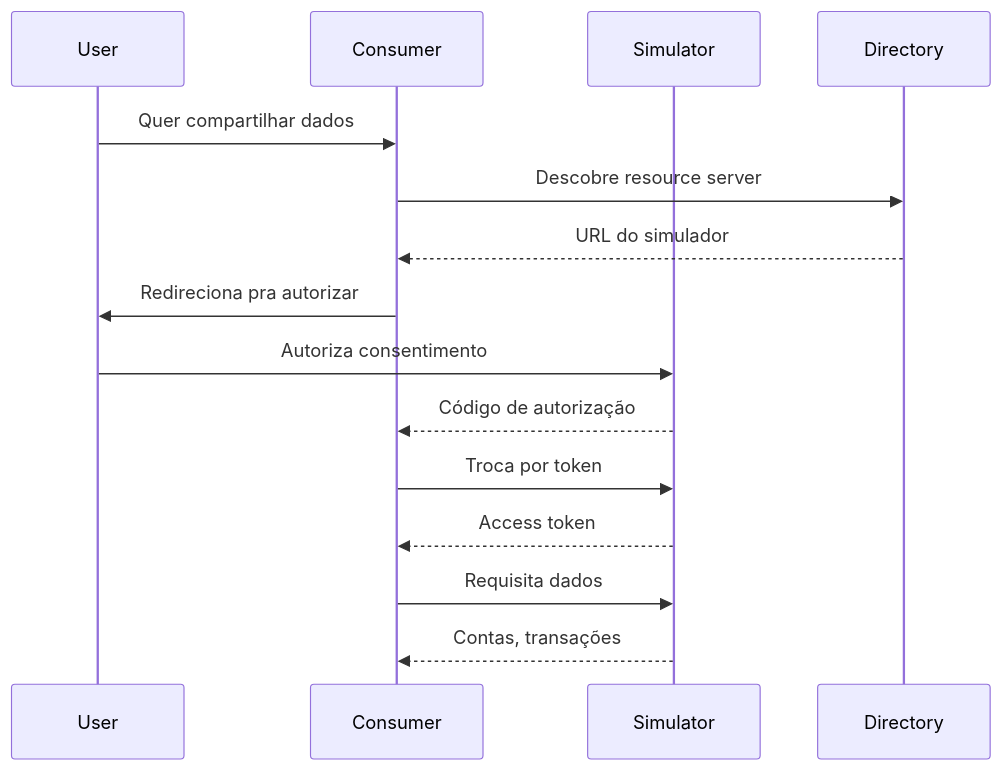
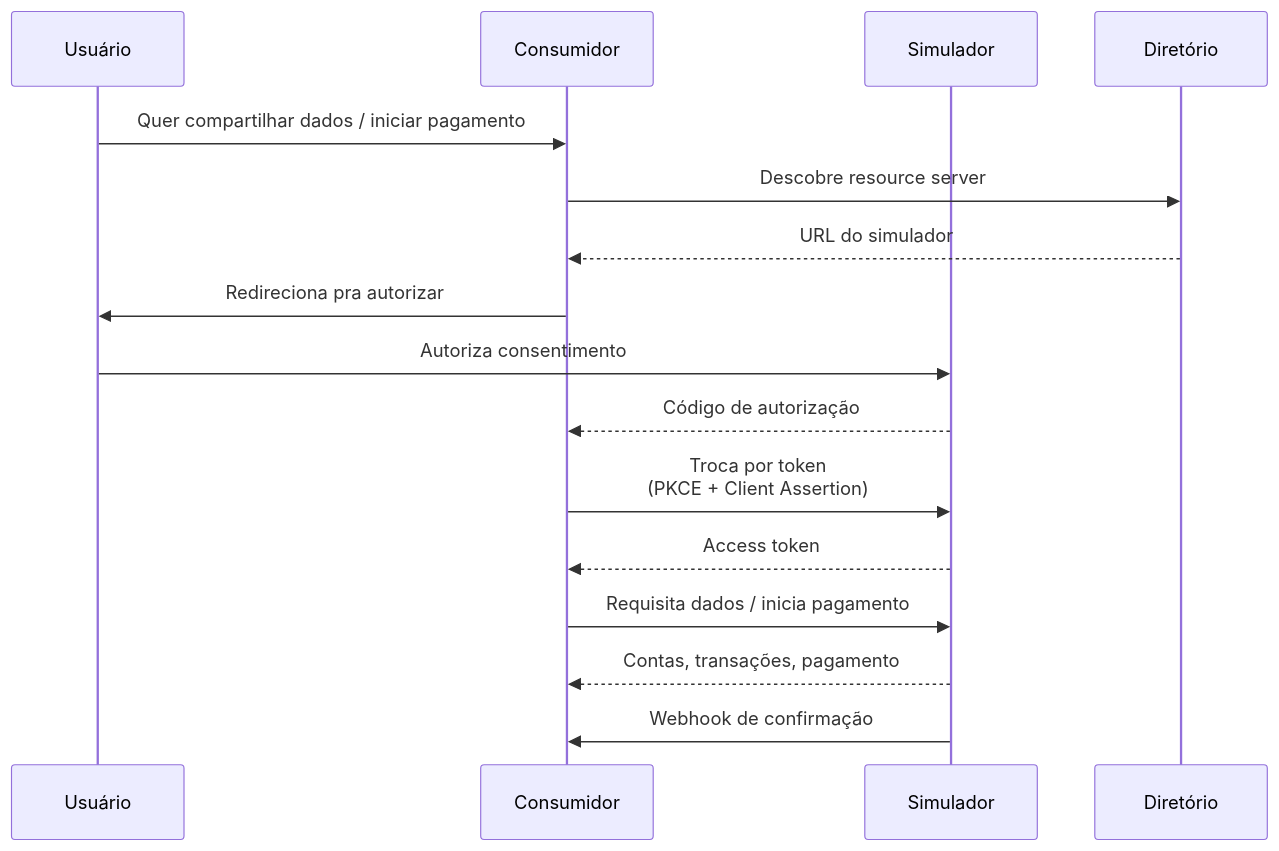
Before and after one commit to mateussiqueira/banking-stack: the second of 3 diagrams in packages/docs/challenges/06-open-finance.md, drawn with Mermaid. The commit also changed other lines of this file and 80 other files, not shown here.

First line of the commit message:
roadmap fases 1-4: interatividade, quizzes, gamificacao, flashcards

````diff
--- a/packages/docs/challenges/06-open-finance.md
+++ b/packages/docs/challenges/06-open-finance.md
@@ -20,18 +166,19 @@
 ```mermaid
 sequenceDiagram
-    participant User
-    participant Consumer
-    participant Simulator
-    participant Directory
+    participant U as Usuário
+    participant C as Consumidor
+    participant S as Simulador
+    participant D as Diretório
 
-    User->>Consumer: Quer compartilhar dados
-    Consumer->>Directory: Descobre resource server
-    Directory-->>Consumer: URL do simulador
-    Consumer->>User: Redireciona pra autorizar
-    User->>Simulator: Autoriza consentimento
-    Simulator-->>Consumer: Código de autorização
-    Consumer->>Simulator: Troca por token
-    Simulator-->>Consumer: Access token
-    Consumer->>Simulator: Requisita dados
-    Simulator-->>Consumer: Contas, transações
+    U->>C: Quer compartilhar dados / iniciar pagamento
+    C->>D: Descobre resource server
+    D-->>C: URL do simulador
+    C->>U: Redireciona pra autorizar
+    U->>S: Autoriza consentimento
+    S-->>C: Código de autorização
+    C->>S: Troca por token<br/>(PKCE + Client Assertion)
+    S-->>C: Access token
+    C->>S: Requisita dados / inicia pagamento
+    S-->>C: Contas, transações, pagamento
+    S->>C: Webhook de confirmação
 ```
````
